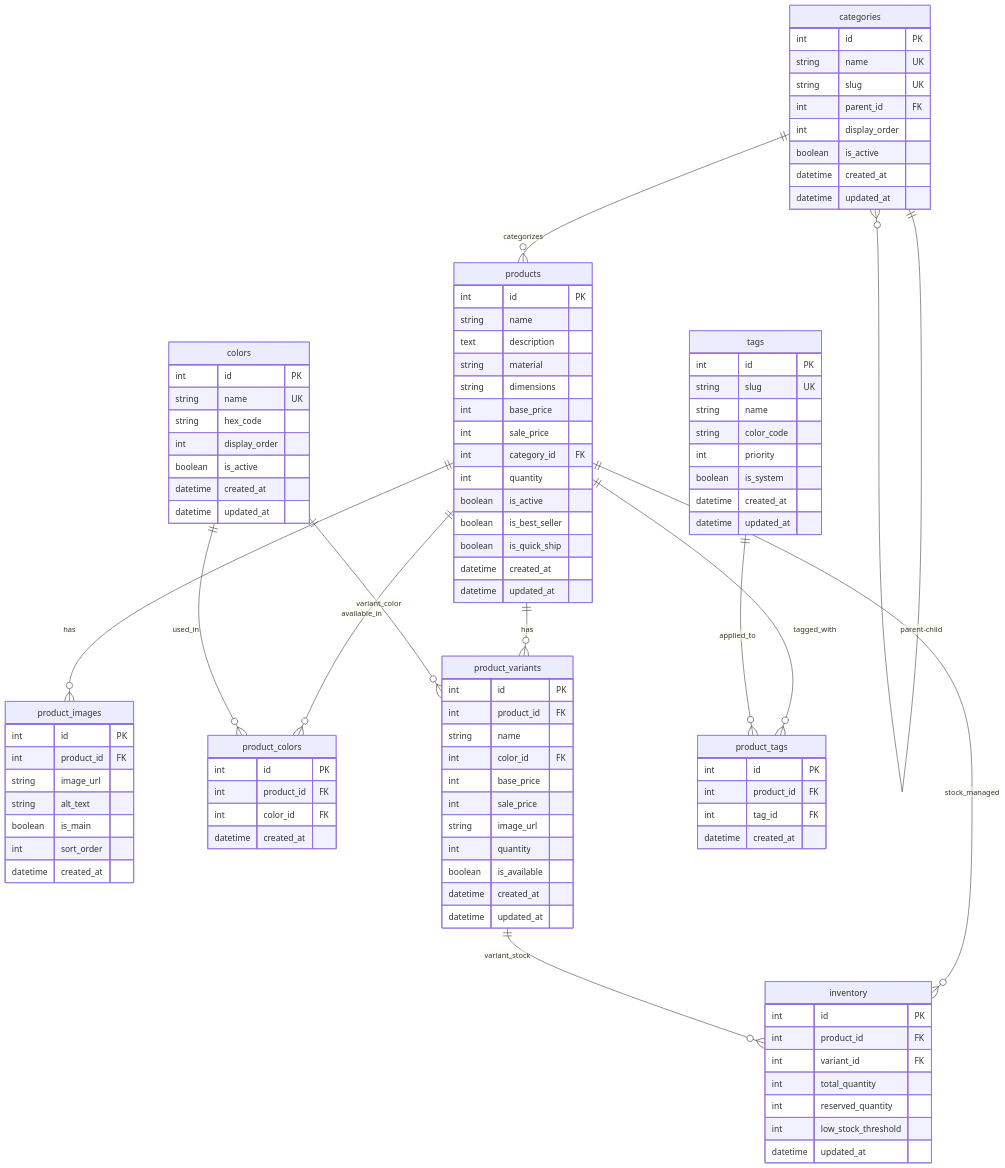
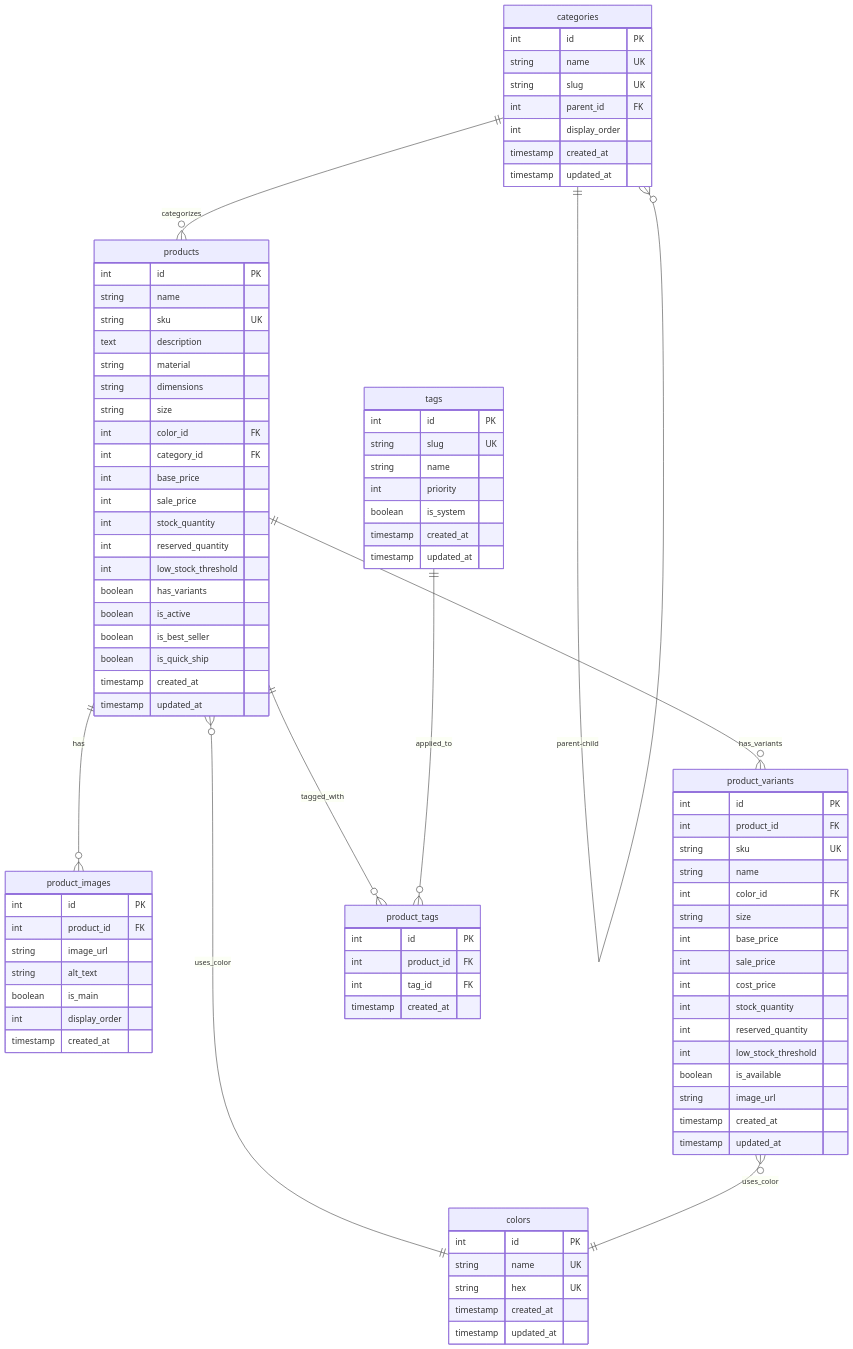
One commit to thundermiracle/ec-rust-ts changed the diagram in app/backend/docs/database-schema.md. Above: the diagram before and after it, drawn with Mermaid. The commit also changed other lines of this file, not shown here.

Commit message:
refactor!: new table er

````diff
--- a/app/backend/docs/database-schema.md
+++ b/app/backend/docs/database-schema.md
@@ -9,6 +9,6 @@
 ```mermaid
 erDiagram
-    %% E-commerce Product Database Schema
+    %% E‑commerce Product Database Schema
     %% Clean Architecture - Normalized Design
 
     categories {
@@ -17,47 +17,49 @@
         string slug UK
         int parent_id FK
         int display_order
-        boolean is_active
-        datetime created_at
-        datetime updated_at
+        timestamp created_at
+        timestamp updated_at
     }
 
     colors {
         int id PK
         string name UK
-        string hex_code
-        int display_order
-        boolean is_active
-        datetime created_at
-        datetime updated_at
+        string hex UK
+        timestamp created_at
+        timestamp updated_at
     }
 
     tags {
         int id PK
         string slug UK
         string name
-        string color_code
         int priority
         boolean is_system
-        datetime created_at
-        datetime updated_at
+        timestamp created_at
+        timestamp updated_at
     }
 
     products {
         int id PK
         string name
+        string sku UK
         text description
         string material
         string dimensions
+        string size
+        int color_id FK
+        int category_id FK
         int base_price
         int sale_price
-        int category_id FK
-        int quantity
+        int stock_quantity
+        int reserved_quantity
+        int low_stock_threshold
+        boolean has_variants
         boolean is_active
         boolean is_best_seller
         boolean is_quick_ship
-        datetime created_at
-        datetime updated_at
+        timestamp created_at
+        timestamp updated_at
     }
 
     product_images {
@@ -66,62 +68,46 @@
         string image_url
         string alt_text
         boolean is_main
-        int sort_order
-        datetime created_at
-    }
-
-    product_colors {
-        int id PK
-        int product_id FK
-        int color_id FK
-        datetime created_at
+        int display_order
+        timestamp created_at
     }
 
     product_variants {
         int id PK
         int product_id FK
+        string sku UK
         string name
         int color_id FK
+        string size
         int base_price
         int sale_price
+        int cost_price
+        int stock_quantity
+        int reserved_quantity
+        int low_stock_threshold
+        boolean is_available
         string image_url
-        int quantity
-        boolean is_available
-        datetime created_at
-        datetime updated_at
+        timestamp created_at
+        timestamp updated_at
     }
 
     product_tags {
         int id PK
         int product_id FK
         int tag_id FK
-        datetime created_at
-    }
-
-    inventory {
-        int id PK
-        int product_id FK
-        int variant_id FK
-        int total_quantity
-        int reserved_quantity
-        int low_stock_threshold
-        datetime updated_at
+        timestamp created_at
     }
 
     %% Relationships
-    categories ||--o{ categories : "parent-child"
+    categories ||--o{ categories : "parent‑child"
     categories ||--o{ products : "categorizes"
-    
+
     products ||--o{ product_images : "has"
-    products ||--o{ product_colors : "available_in"
-    products ||--o{ product_variants : "has"
+    products ||--o{ product_variants : "has_variants"
     products ||--o{ product_tags : "tagged_with"
-    products ||--o{ inventory : "stock_managed"
-    
-    colors ||--o{ product_colors : "used_in"
-    colors ||--o{ product_variants : "variant_color"
-    
+    products }o--|| colors : "uses_color"
+
+    product_variants }o--|| colors : "uses_color"
+
     tags ||--o{ product_tags : "applied_to"
-    
-    product_variants ||--o{ inventory : "variant_stock"
 ```
````
